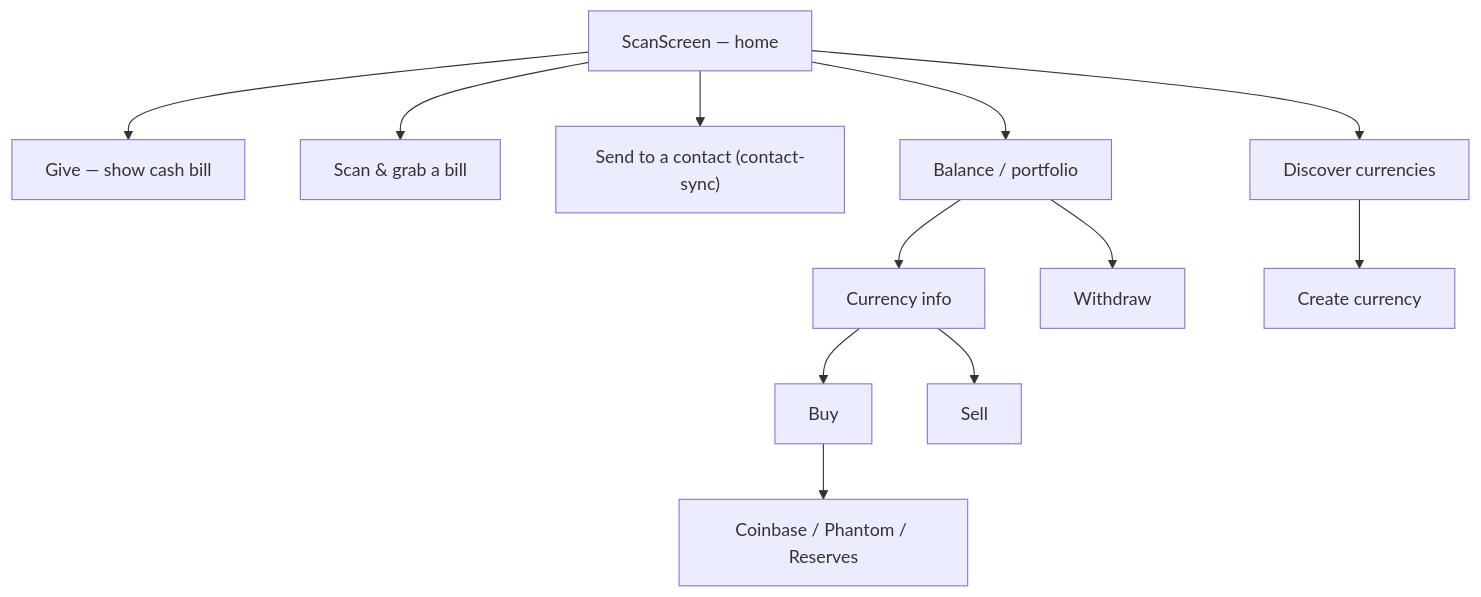
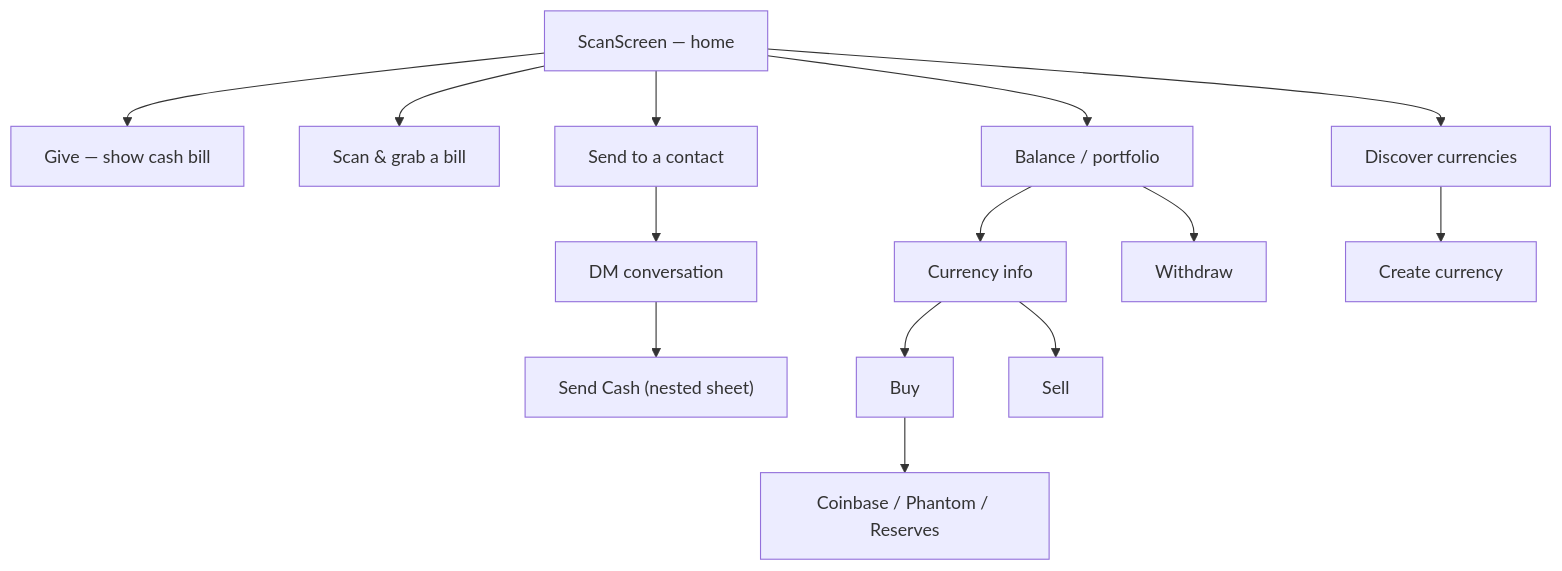
The diagram in docs/architecture/features/README.md (code-payments/code-ios-app), drawn with Mermaid before and after one commit. The commit also changed other lines of this file and 13 other files, not shown here.

First line of the commit message:
docs: refresh for gRPC v2, chat, and merged contact-sync

````diff
--- a/docs/architecture/features/README.md
+++ b/docs/architecture/features/README.md
@@ -9,14 +9,16 @@
 ```mermaid
 graph TD
     Scan["ScanScreen — home"] --> Give["Give — show cash bill"]
     Scan --> Grab["Scan & grab a bill"]
-    Scan --> Send["Send to a contact (contact-sync)"]
+    Scan --> Send["Send to a contact"]
+    Send --> Chat["DM conversation"]
+    Chat --> SendCash["Send Cash (nested sheet)"]
     Scan --> Balance["Balance / portfolio"]
     Scan --> Discover["Discover currencies"]
     Balance --> Info["Currency info"]
     Info --> Buy["Buy"]
     Info --> Sell["Sell"]
     Balance --> Withdraw["Withdraw"]
     Discover --> Create["Create currency"]
     Buy --> Fund["Coinbase / Phantom / Reserves"]
 ```
````
